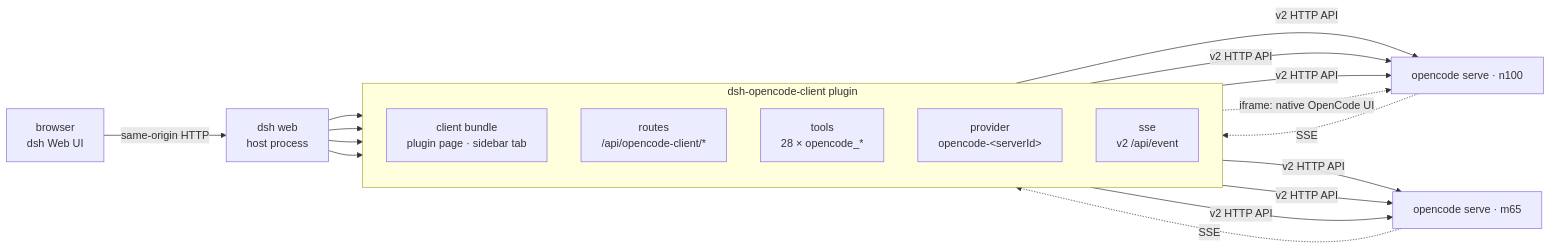
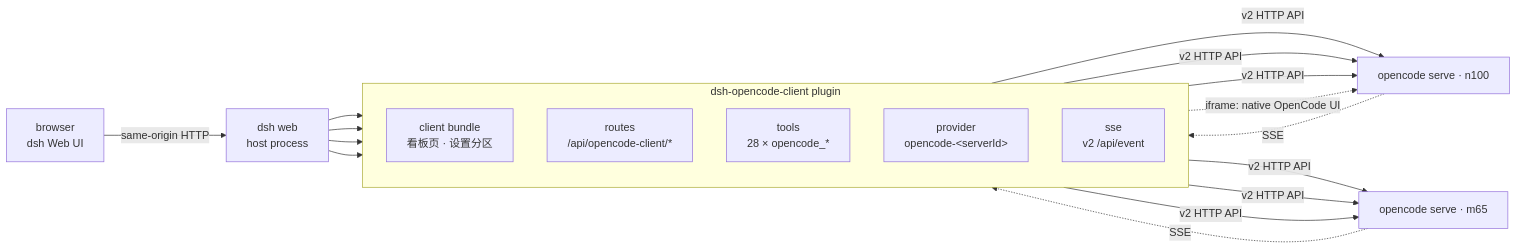
One commit to yhuan416/dsh-opencode-client changed the diagram in README.zh.md. Above: the diagram before and after it, drawn with Mermaid. The commit also changed other lines of this file and 5 other files, not shown here.

````diff
--- a/README.zh.md
+++ b/README.zh.md
@@ -87,29 +87,29 @@
 ```mermaid
 flowchart LR
     BROWSER["browser<br/>dsh Web UI"] -->|"same-origin HTTP"| DSH["dsh web<br/>host process"]
 
     subgraph PLUGIN["dsh-opencode-client plugin"]
         direction TB
-        CLIENT["client bundle<br/>plugin page · sidebar tab"]
+        CLIENT["client bundle<br/>看板页 · 设置分区"]
         ROUTES["routes<br/>/api/opencode-client/*"]
         TOOLS["tools<br/>28 × opencode_*"]
         PROVIDER["provider<br/>opencode-&lt;serverId&gt;"]
         SSE["sse<br/>v2 /api/event"]
     end
 
     DSH --> CLIENT
     DSH --> ROUTES
     DSH --> TOOLS
     DSH --> PROVIDER
 
     ROUTES -->|"v2 HTTP API"| N100["opencode serve · n100"]
     TOOLS -->|"v2 HTTP API"| N100
     PROVIDER -->|"v2 HTTP API"| N100
     ROUTES -->|"v2 HTTP API"| M65["opencode serve · m65"]
     TOOLS -->|"v2 HTTP API"| M65
     PROVIDER -->|"v2 HTTP API"| M65
 
     N100 -.->|"SSE"| SSE
     M65 -.->|"SSE"| SSE
     CLIENT -.->|"iframe: native OpenCode UI"| N100
 ```
````
